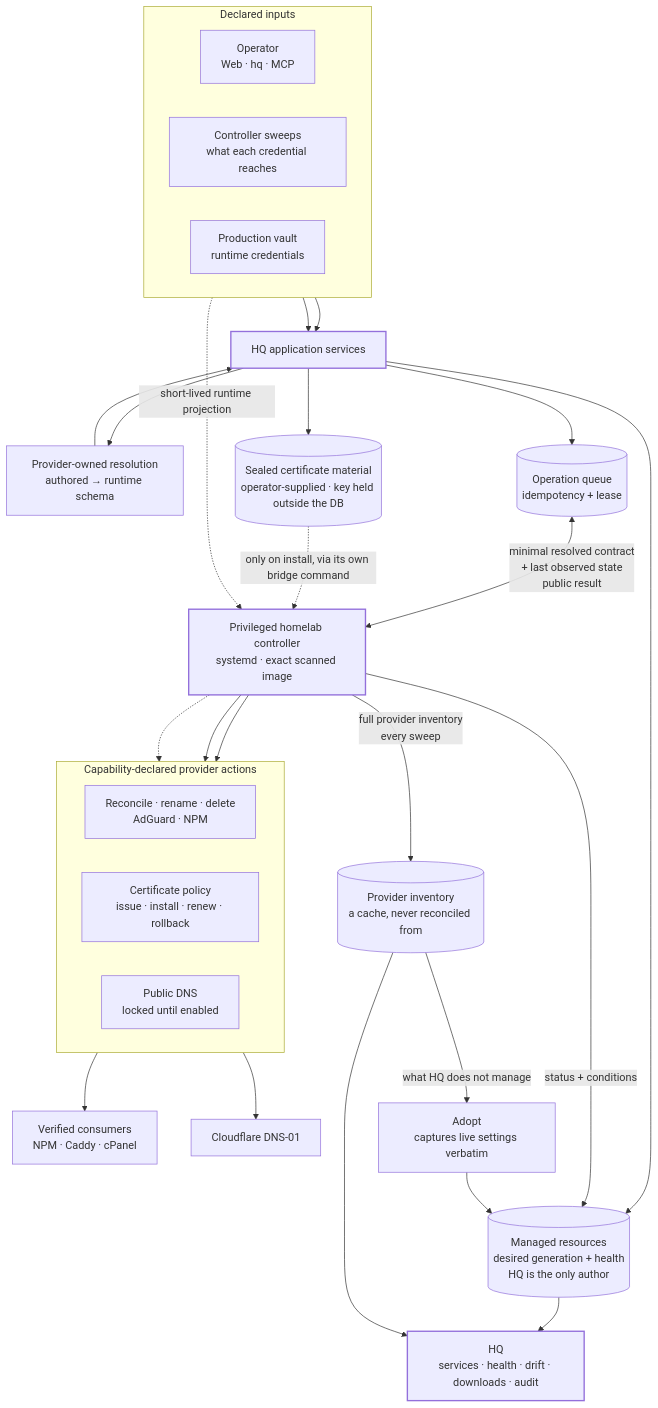
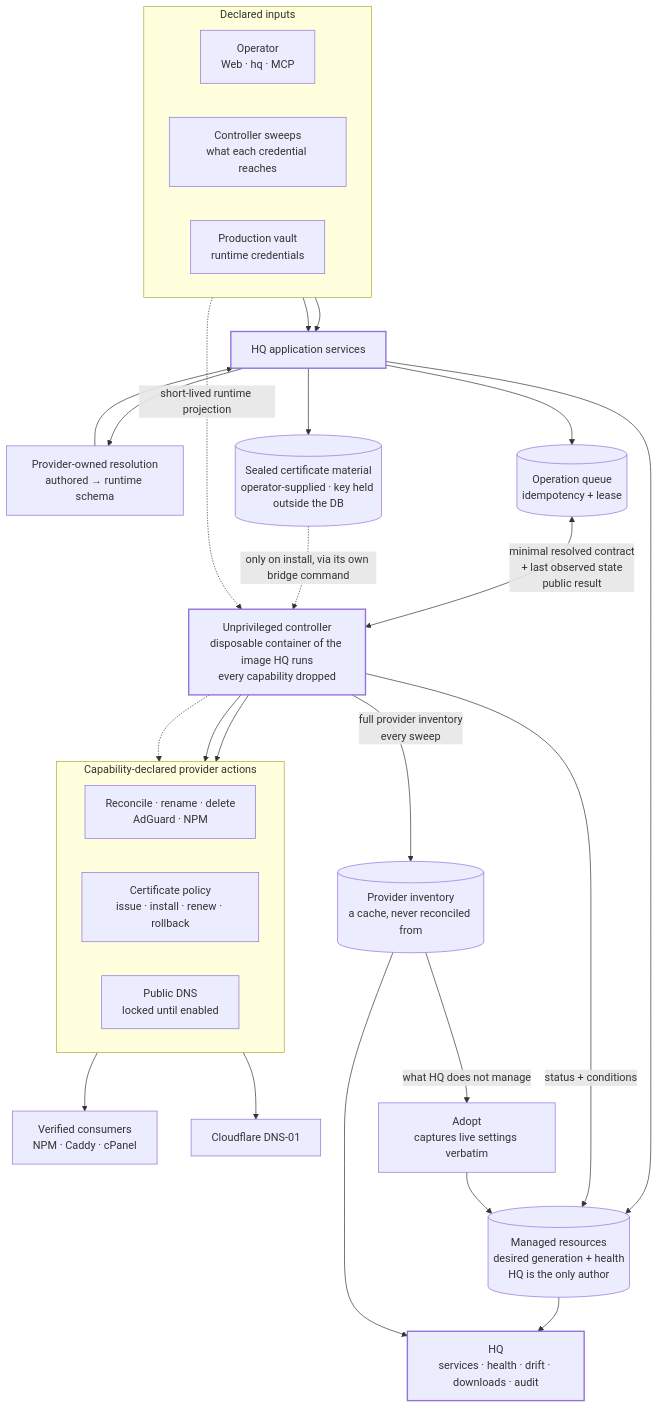
Before and after one commit to joeseverino/severino-hq: the diagram in docs/diagrams/infrastructure-control-plane.mmd, drawn with Mermaid. The commit also changed 35 other files, not shown here.

```diff
--- a/docs/diagrams/infrastructure-control-plane.mmd
+++ b/docs/diagrams/infrastructure-control-plane.mmd
@@ -1,44 +1,44 @@
 flowchart TB
     subgraph inputs["Declared inputs"]
         direction LR
         operator["Operator<br/>Web · hq · MCP"]
         sweeps["Controller sweeps<br/>what each credential reaches"]
         secrets["Production vault<br/>runtime credentials"]
     end
 
     operator --> services["HQ application services"]
     sweeps --> services
     services --> resolver["Provider-owned resolution<br/>authored → runtime schema"]
     resolver --> services
 
     services --> desired[("Managed resources<br/>desired generation + health<br/>HQ is the only author")]
     services --> queue[("Operation queue<br/>idempotency + lease")]
     services --> material[("Sealed certificate material<br/>operator-supplied · key held outside the DB")]
 
-    queue <-->|"minimal resolved contract<br/>+ last observed state<br/>public result"| controller["Privileged homelab controller<br/>systemd · exact scanned image"]
+    queue <-->|"minimal resolved contract<br/>+ last observed state<br/>public result"| controller["Unprivileged controller<br/>disposable container of the image HQ runs<br/>every capability dropped"]
     material -. "only on install, via its own bridge command" .-> controller
     secrets -. "short-lived runtime projection" .-> controller
 
     subgraph outcomes["Capability-declared provider actions"]
         direction LR
         internal["Reconcile · rename · delete<br/>AdGuard · NPM"]
         tls["Certificate policy<br/>issue · install · renew · rollback"]
         publicdns["Public DNS<br/>locked until enabled"]
     end
 
     controller --> internal
     controller --> tls
     controller -.-> publicdns
     tls --> consumers["Verified consumers<br/>NPM · Caddy · cPanel"]
     tls --> dns01["Cloudflare DNS-01"]
 
     controller -->|"status + conditions"| desired
     controller -->|"full provider inventory<br/>every sweep"| inventory[("Provider inventory<br/>a cache, never reconciled from")]
     inventory -->|"what HQ does not manage"| adopt["Adopt<br/>captures live settings verbatim"]
     adopt --> desired
 
     desired --> ui["HQ<br/>services · health · drift · downloads · audit"]
     inventory --> ui
 
     classDef anchor stroke-width:2px;
     class services,controller,ui anchor;
```
